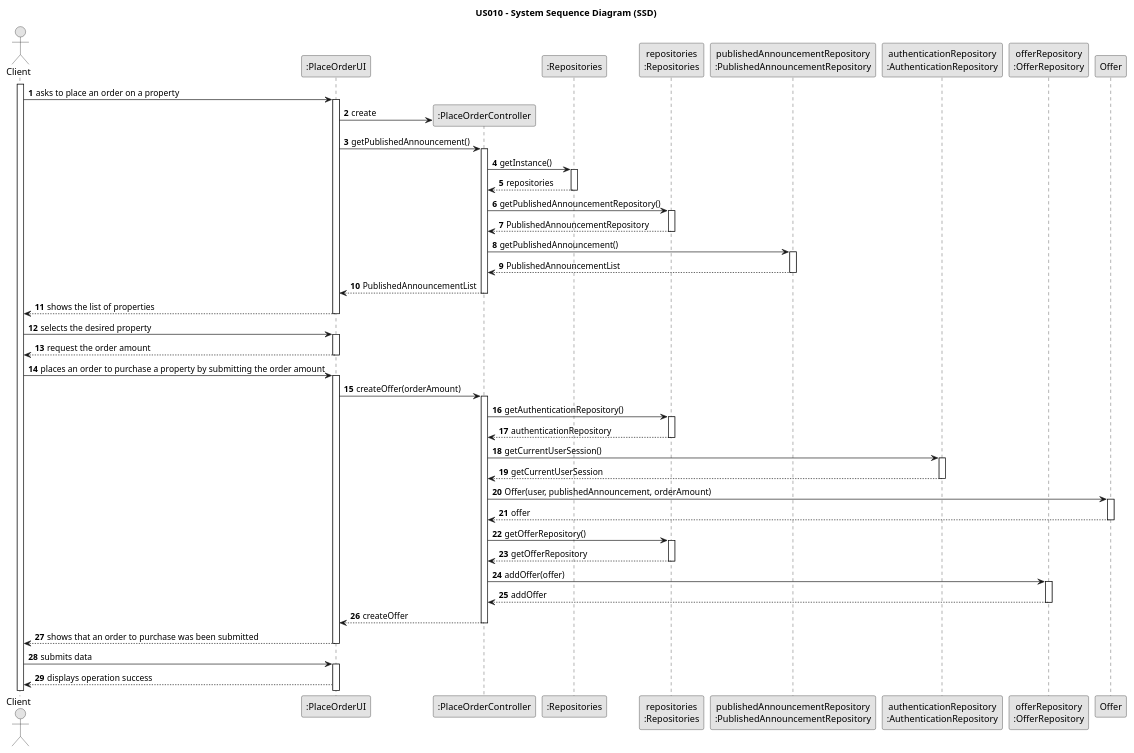
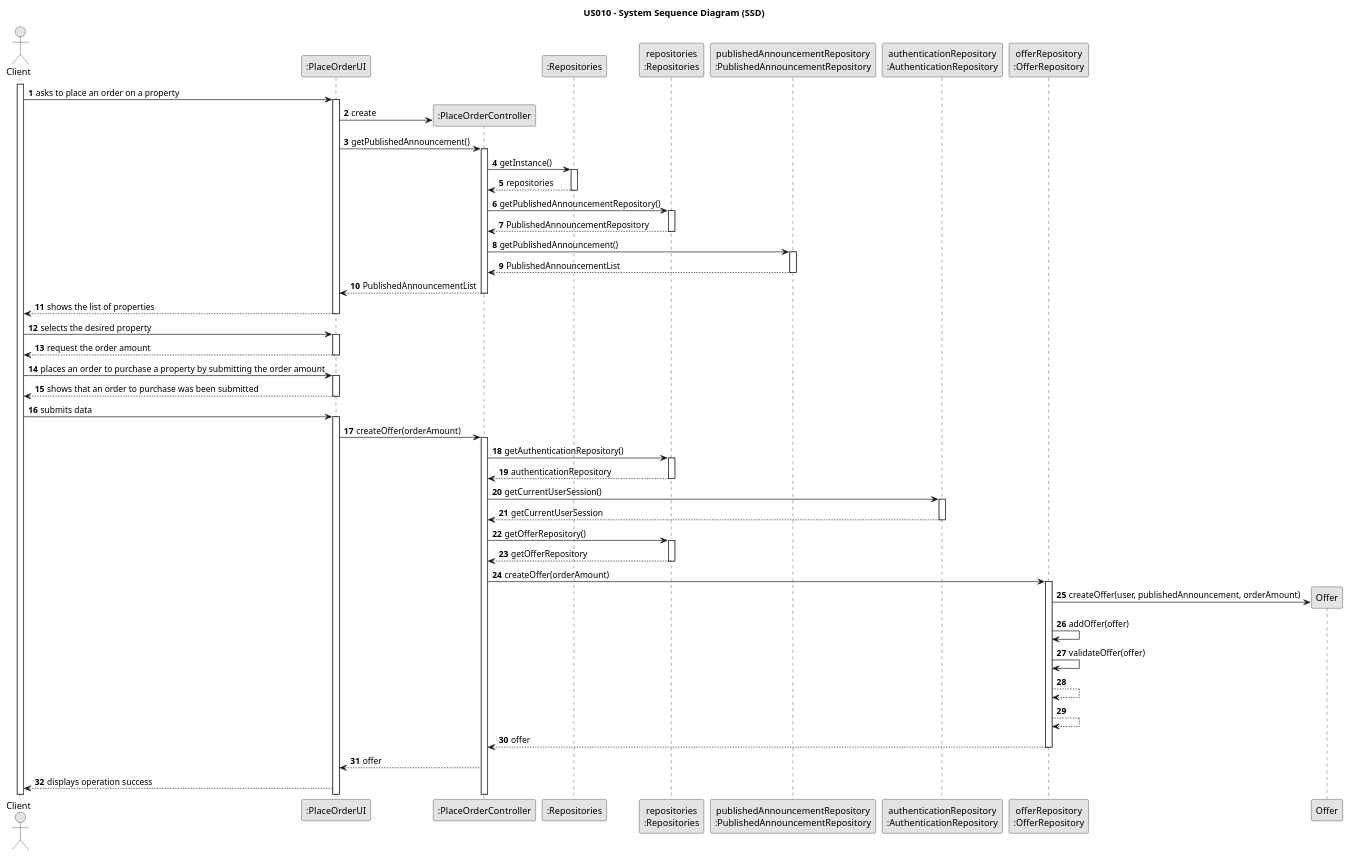
One commit to PureNimble/ISEP-LAPR2 changed the diagram in docs/sprintC/US10/03.design/puml/us010-sequence-diagram-full.puml. Above: the diagram before and after it, drawn with PlantUML.

Commit message:
US010 - Updated SD Full

```diff
--- a/docs/sprintC/US10/03.design/puml/us010-sequence-diagram-full.puml
+++ b/docs/sprintC/US10/03.design/puml/us010-sequence-diagram-full.puml
@@ -1,143 +1,146 @@
 @startuml
 
 skinparam monochrome true
 skinparam packageStyle rectangle
 skinparam shadowing false
 
 title US010 - System Sequence Diagram (SSD)
 
 autonumber
 
 actor "Client" as Client
 participant ":PlaceOrderUI" as System
 participant ":PlaceOrderController" as Controller
 participant ":Repositories" as RepositorySingleton
 participant "repositories\n:Repositories" as Repositories
 participant "publishedAnnouncementRepository\n:PublishedAnnouncementRepository" as PublishedAnnouncementRepository
 participant "authenticationRepository\n:AuthenticationRepository" as AuthenticationRepository
 participant "offerRepository\n:OfferRepository" as OfferRepository
 participant "Offer" as Offer
 
 activate Client
 
 Client -> System : asks to place an order on a property
 activate System
 
 System -> Controller** : create
 
 System -> Controller : getPublishedAnnouncement()
 activate Controller
 
 Controller -> RepositorySingleton : getInstance()
 activate RepositorySingleton
 
 RepositorySingleton --> Controller: repositories
 deactivate RepositorySingleton
 
 Controller -> Repositories : getPublishedAnnouncementRepository()
 activate Repositories
 
 Repositories --> Controller: PublishedAnnouncementRepository
 deactivate Repositories
 
 Controller -> PublishedAnnouncementRepository : getPublishedAnnouncement()
 activate PublishedAnnouncementRepository
 
 PublishedAnnouncementRepository --> Controller : PublishedAnnouncementList
 deactivate PublishedAnnouncementRepository
 
 Controller --> System : PublishedAnnouncementList
 deactivate Controller
 
 System --> Client : shows the list of properties
 deactivate System
 
 Client -> System : selects the desired property
 activate System
 
 System --> Client : request the order amount
 deactivate System
 
 Client -> System : places an order to purchase a property by submitting the order amount
 activate System
 
-System -> Controller : createOffer(orderAmount)
-activate Controller
-
-Controller -> Repositories : getAuthenticationRepository()
-activate Repositories
-
-Repositories --> Controller : authenticationRepository
-deactivate Repositories
-
-Controller -> AuthenticationRepository : getCurrentUserSession()
-activate AuthenticationRepository
-
-AuthenticationRepository --> Controller : getCurrentUserSession
-deactivate AuthenticationRepository
-
-Controller -> Offer : Offer(user, publishedAnnouncement, orderAmount)
-activate Offer
-
-Offer --> Controller : offer
-deactivate Offer
-
-Controller -> Repositories : getOfferRepository()
-activate Repositories
-
-Repositories --> Controller : getOfferRepository
-deactivate Repositories
-
-'Controller -> OfferRepository : checkExistingOffer(offer)
-'activate OfferRepository
-'
-'OfferRepository --> Controller : checkExistingOffer
-'deactivate OfferRepository
-'
-'    opt if checkExistingOffer == true
-'
-'       Controller --> System : checkExistingOffer
-'
-'       System --> Client : asks the user to wait until the pending request is either accepted or rejected
-'
-'    end
-
-Controller -> OfferRepository : addOffer(offer)
-activate OfferRepository
-
-OfferRepository --> Controller : addOffer
-deactivate OfferRepository
-
-Controller --> System : createOffer
-deactivate Controller
-
 '    alt order amount is superior
 '
 '        loop if the order amount is higher than the owner's requested proce
 '
 '            System --> Client : asks for a new price
 '            deactivate System
 '
 '            Client -> System : places a new order with an inferior order amount
 '            activate System
 '
 '        end
 '
 '    else order amount is inferior
 '
 '        System --> Client : accepts the purchase request
 '        deactivate System
 '
 '    end
 
 System --> Client : shows that an order to purchase was been submitted
 deactivate System
 
 Client -> System : submits data
 activate System
 
+System -> Controller : createOffer(orderAmount)
+activate Controller
+
+Controller -> Repositories : getAuthenticationRepository()
+activate Repositories
+
+Repositories --> Controller : authenticationRepository
+deactivate Repositories
+
+Controller -> AuthenticationRepository : getCurrentUserSession()
+activate AuthenticationRepository
+
+AuthenticationRepository --> Controller : getCurrentUserSession
+deactivate AuthenticationRepository
+
+Controller -> Repositories : getOfferRepository()
+activate Repositories
+
+Repositories --> Controller : getOfferRepository
+deactivate Repositories
+
+Controller -> OfferRepository : createOffer(orderAmount)
+activate OfferRepository
+
+OfferRepository -> Offer** : createOffer(user, publishedAnnouncement, orderAmount)
+
+OfferRepository -> OfferRepository : addOffer(offer)
+
+OfferRepository -> OfferRepository : validateOffer(offer)
+
+OfferRepository --> OfferRepository
+
+OfferRepository --> OfferRepository
+
+OfferRepository --> Controller : offer
+deactivate OfferRepository
+
+Controller --> System : offer
+
+'Controller -> OfferRepository : checkExistingOffer(offer)
+'activate OfferRepository
+'
+'OfferRepository --> Controller : checkExistingOffer
+'deactivate OfferRepository
+'
+'    opt if checkExistingOffer == true
+'
+'       Controller --> System : checkExistingOffer
+'
+'       System --> Client : asks the user to wait until the pending request is either accepted or rejected
+'
+'    end
+
 System --> Client : displays operation success
 
 
 
 @enduml
```
